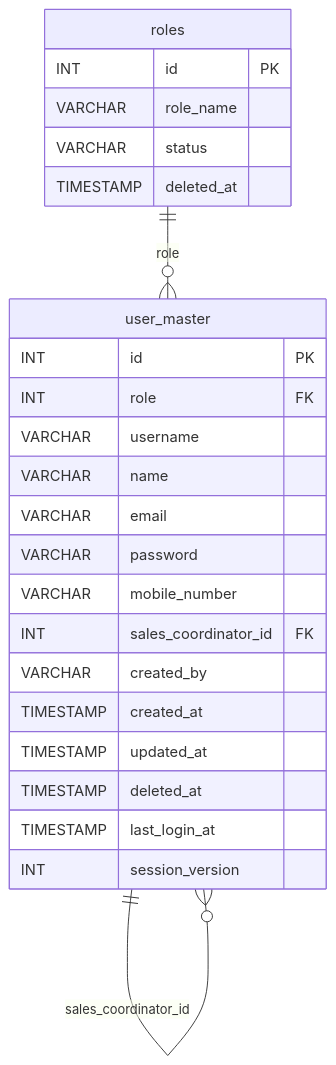
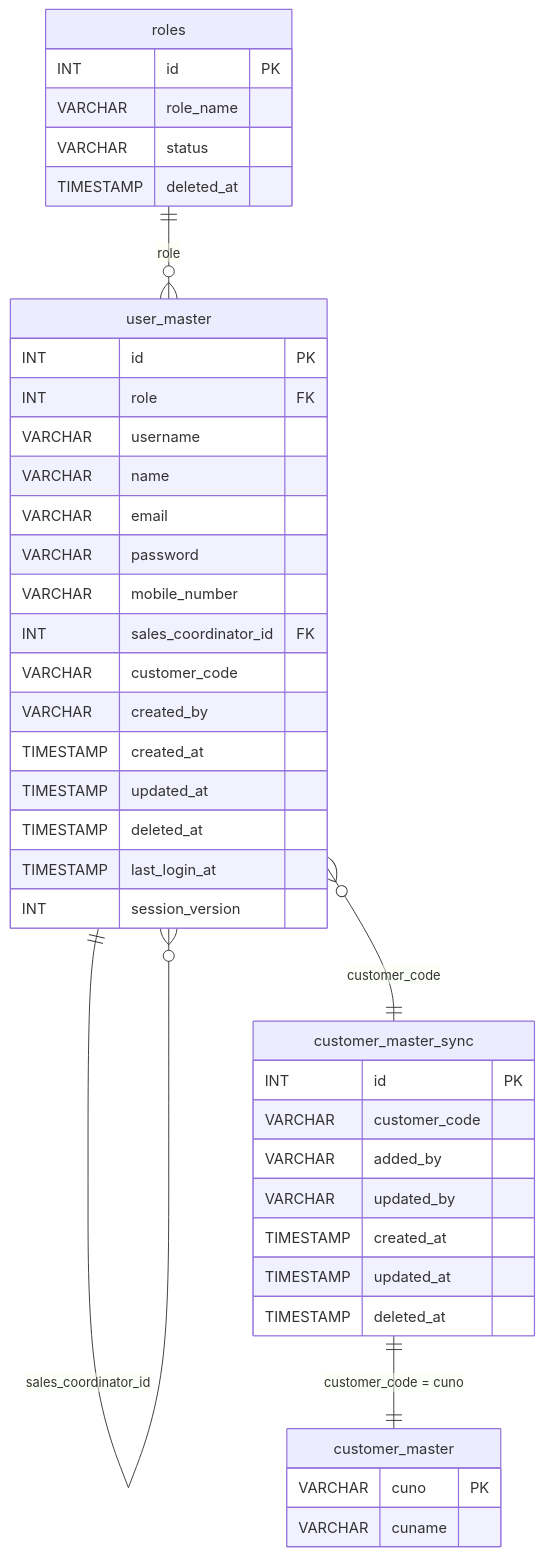
The diagram in docs/diagrams_users/diagram_2.mmd (devalbarot27/ComplaintManagement), drawn with Mermaid before and after one commit. The commit also changed 10 other files, not shown here.

```diff
--- a/docs/diagrams_users/diagram_2.mmd
+++ b/docs/diagrams_users/diagram_2.mmd
@@ -1,27 +1,46 @@
 erDiagram
   roles ||--o{ user_master : "role"
   user_master ||--o{ user_master : "sales_coordinator_id"
 
   user_master {
     INT id PK
     INT role FK
     VARCHAR username
     VARCHAR name
     VARCHAR email
     VARCHAR password
     VARCHAR mobile_number
     INT sales_coordinator_id FK
+    VARCHAR customer_code
     VARCHAR created_by
     TIMESTAMP created_at
     TIMESTAMP updated_at
     TIMESTAMP deleted_at
     TIMESTAMP last_login_at
     INT session_version
   }
 
   roles {
     INT id PK
     VARCHAR role_name
     VARCHAR status
     TIMESTAMP deleted_at
   }
+
+  customer_master_sync {
+    INT id PK
+    VARCHAR customer_code
+    VARCHAR added_by
+    VARCHAR updated_by
+    TIMESTAMP created_at
+    TIMESTAMP updated_at
+    TIMESTAMP deleted_at
+  }
+
+  customer_master {
+    VARCHAR cuno PK
+    VARCHAR cuname
+  }
+
+  customer_master_sync ||--|| customer_master : "customer_code = cuno"
+  user_master }o--|| customer_master_sync : "customer_code"
```
